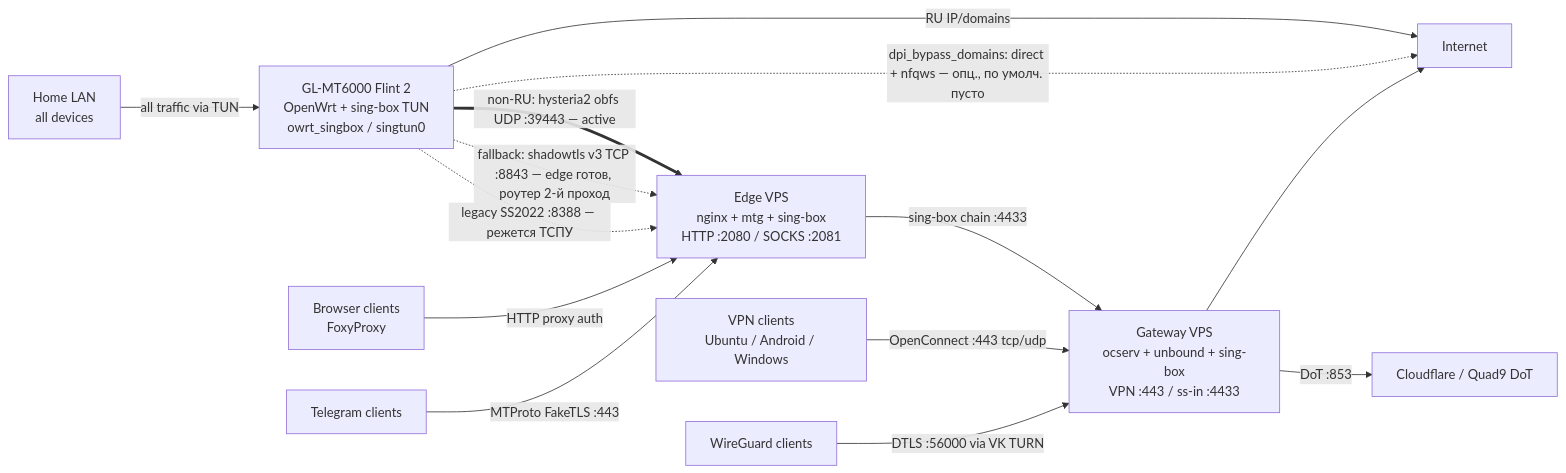
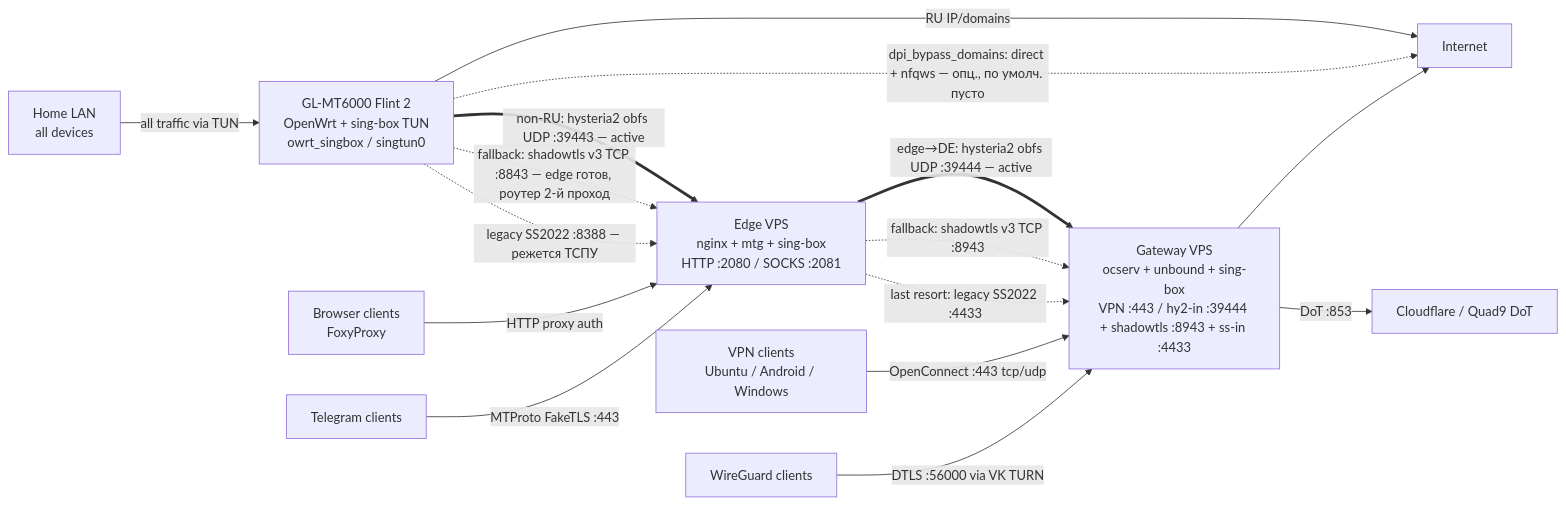
Before and after one commit to panalex/home-vpn: the diagram in README.md, drawn with Mermaid. The commit also changed other lines of this file and 6 other files, not shown here.

First line of the commit message:
edge→DE: harden uplink with hy2+shadowtls (urltest de-out)

````diff
--- a/README.md
+++ b/README.md
@@ -23,27 +23,29 @@
 ```mermaid
 flowchart LR
     U1[VPN clients\nUbuntu / Android / Windows]
     U2[Browser clients\nFoxyProxy]
     U3[Telegram clients]
     U4[Home LAN\nall devices]
 
     FL[GL-MT6000 Flint 2\nOpenWrt + sing-box TUN\nowrt_singbox / singtun0]
     RU[Edge VPS\nnginx + mtg + sing-box\nHTTP :2080 / SOCKS :2081]
-    DE[Gateway VPS\nocserv + unbound + sing-box\nVPN :443 / ss-in :4433]
+    DE[Gateway VPS\nocserv + unbound + sing-box\nVPN :443 / hy2-in :39444 + shadowtls :8943 + ss-in :4433]
     NET[Internet]
     DNS[Cloudflare / Quad9 DoT]
 
     U4 -->|all traffic via TUN| FL
     FL -->|RU IP/domains| NET
     FL -.->|dpi_bypass_domains: direct + nfqws — опц., по умолч. пусто| NET
     FL ==>|non-RU: hysteria2 obfs UDP :39443 — active| RU
     FL -.->|fallback: shadowtls v3 TCP :8843 — edge готов, роутер 2-й проход| RU
     FL -.->|legacy SS2022 :8388 — режется ТСПУ| RU
     U2 -->|HTTP proxy auth| RU
     U3 -->|MTProto FakeTLS :443| RU
-    RU -->|sing-box chain :4433| DE
+    RU ==>|edge→DE: hysteria2 obfs UDP :39444 — active| DE
+    RU -.->|fallback: shadowtls v3 TCP :8943| DE
+    RU -.->|last resort: legacy SS2022 :4433| DE
     U1 -->|OpenConnect :443 tcp/udp| DE
     U5[WireGuard clients] -->|DTLS :56000 via VK TURN| DE
     DE --> NET
     DE -->|DoT :853| DNS
 ```
````
